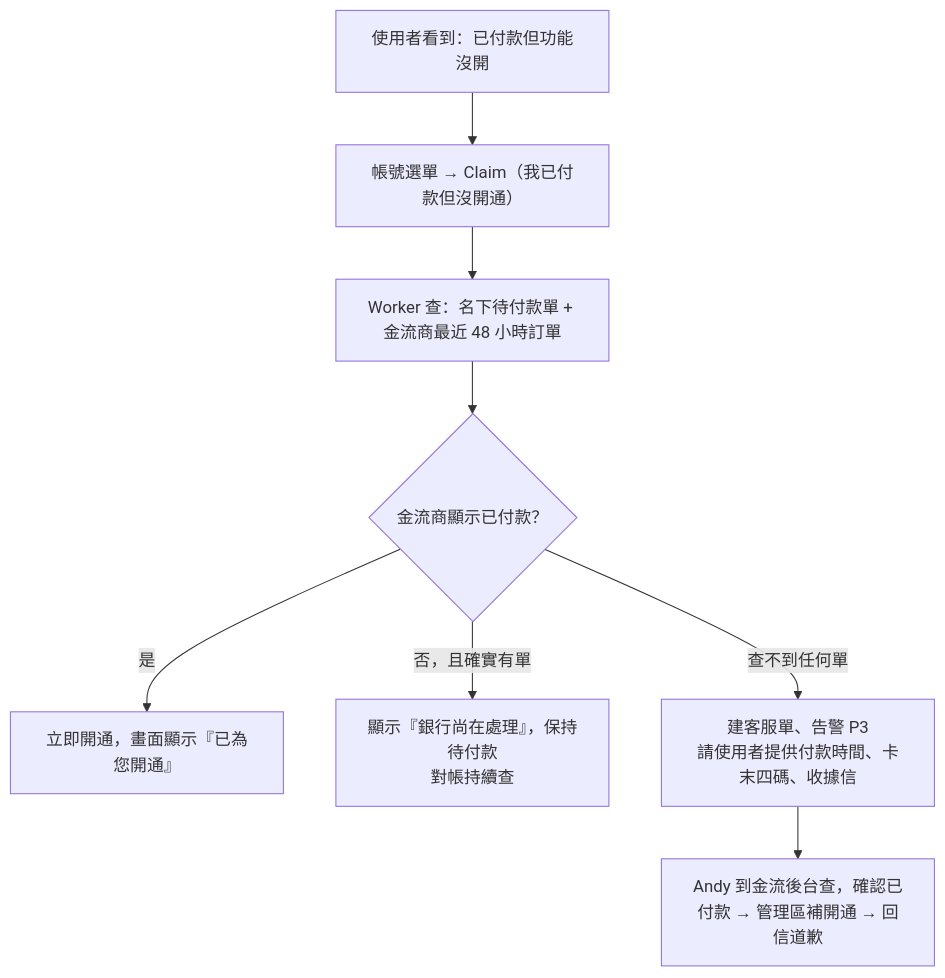
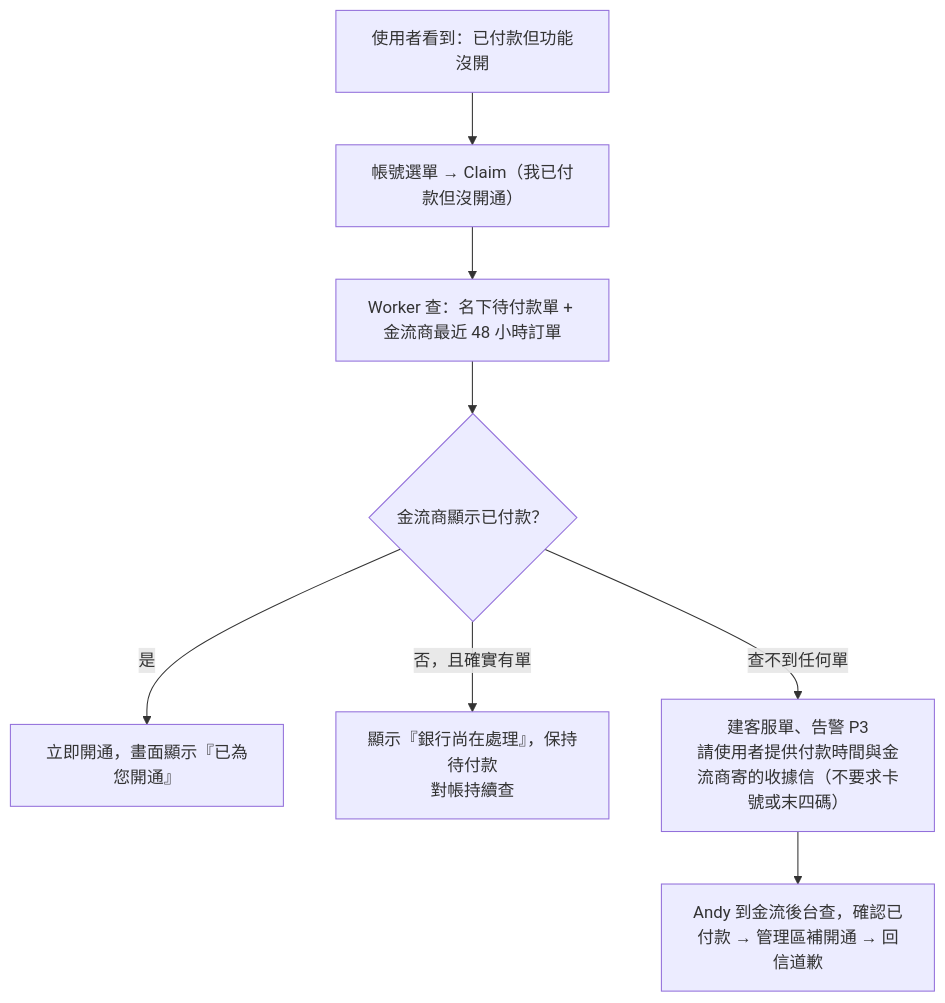
The seventh of 9 diagrams in docs/payments/checkout_subscription_spec.md (MiaoZiKe/tw-rotation), drawn with Mermaid before and after one commit. The commit also changed other lines of this file and 1 other file, not shown here.

````diff
--- a/docs/payments/checkout_subscription_spec.md
+++ b/docs/payments/checkout_subscription_spec.md
@@ -396,10 +427,10 @@
 ```mermaid
 flowchart TD
   U1["使用者看到：已付款但功能沒開"] --> U2["帳號選單 → Claim（我已付款但沒開通）"]
   U2 --> U3["Worker 查：名下待付款單 + 金流商最近 48 小時訂單"]
   U3 --> U4{"金流商顯示已付款？"}
   U4 -- "是" --> U5["立即開通，畫面顯示『已為您開通』"]
   U4 -- "否，且確實有單" --> U6["顯示『銀行尚在處理』，保持待付款<br/>對帳持續查"]
-  U4 -- "查不到任何單" --> U7["建客服單、告警 P3<br/>請使用者提供付款時間、卡末四碼、收據信"]
+  U4 -- "查不到任何單" --> U7["建客服單、告警 P3<br/>請使用者提供付款時間與金流商寄的收據信（不要求卡號或末四碼）"]
   U7 --> U8["Andy 到金流後台查，確認已付款 → 管理區補開通 → 回信道歉"]
 ```
````
